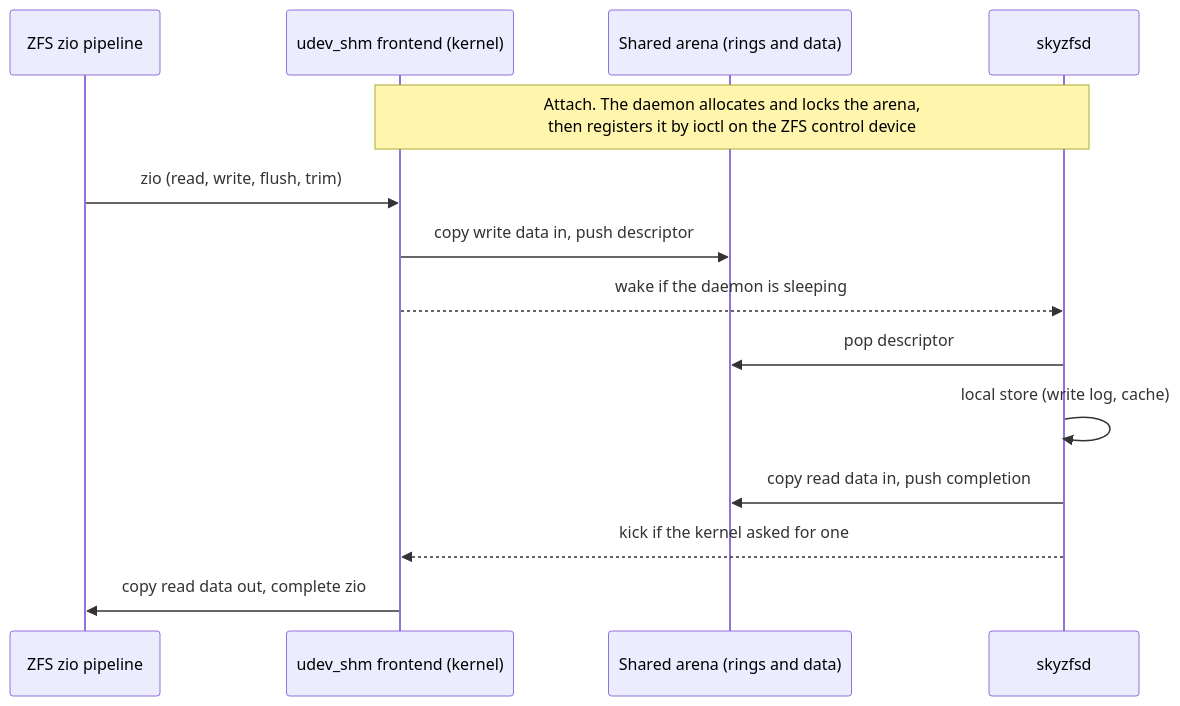
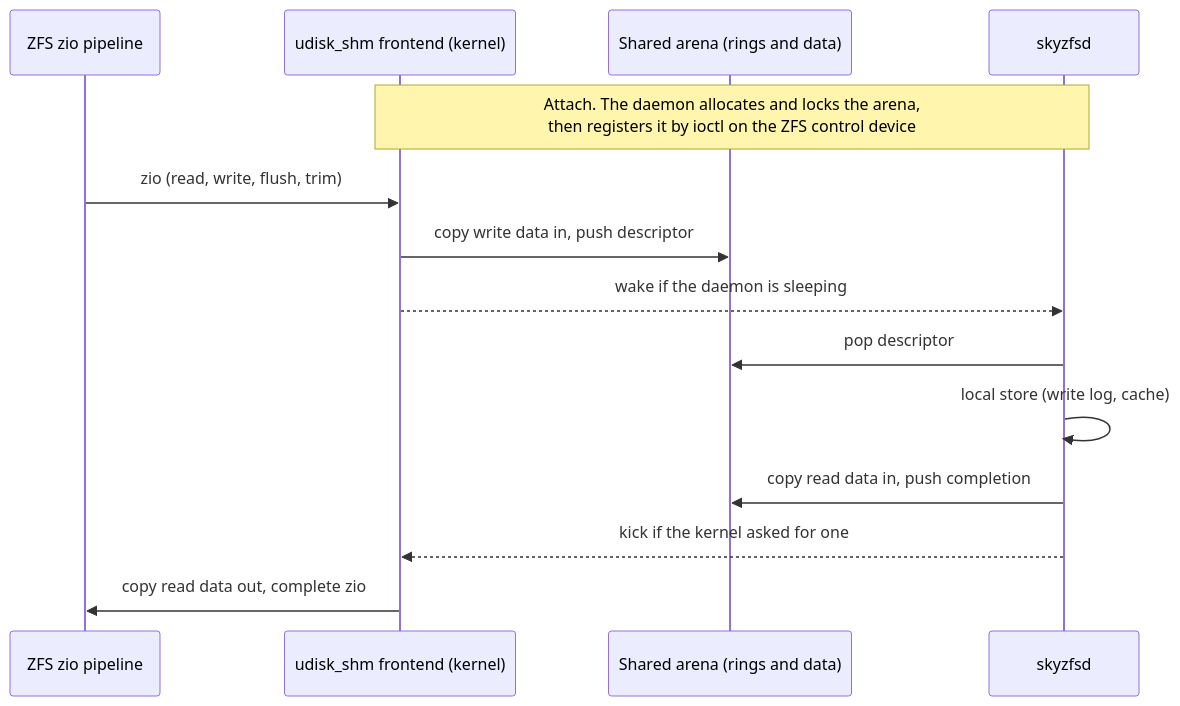
Before and after one commit to skyzfs/skyzfs: the second of 5 diagrams in docs/skyzfs-design.md, drawn with Mermaid. The commit also changed other lines of this file, not shown here.

First line of the commit message:
design: the shared-memory frontend is called udisk_shm

````diff
--- a/docs/skyzfs-design.md
+++ b/docs/skyzfs-design.md
@@ -191,17 +191,17 @@
 ```mermaid
 sequenceDiagram
     participant Z as ZFS zio pipeline
-    participant F as udev_shm frontend (kernel)
+    participant F as udisk_shm frontend (kernel)
     participant R as Shared arena (rings and data)
     participant D as skyzfsd
 
     Note over D,F: Attach. The daemon allocates and locks the arena,<br/>then registers it by ioctl on the ZFS control device
     Z->>F: zio (read, write, flush, trim)
     F->>R: copy write data in, push descriptor
     F-->>D: wake if the daemon is sleeping
     D->>R: pop descriptor
     D->>D: local store (write log, cache)
     D->>R: copy read data in, push completion
     D-->>F: kick if the kernel asked for one
     F->>Z: copy read data out, complete zio
 ```
````
